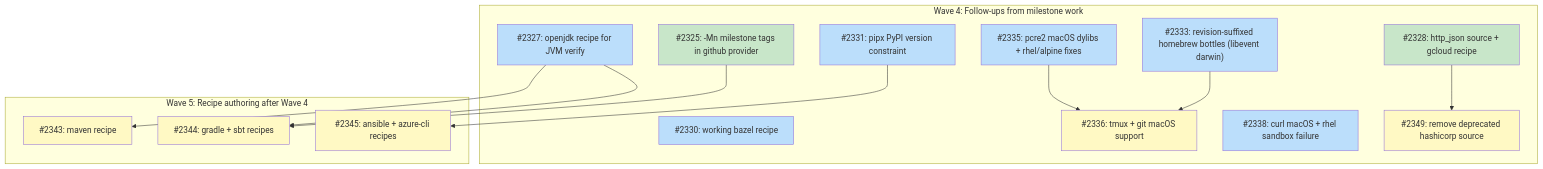
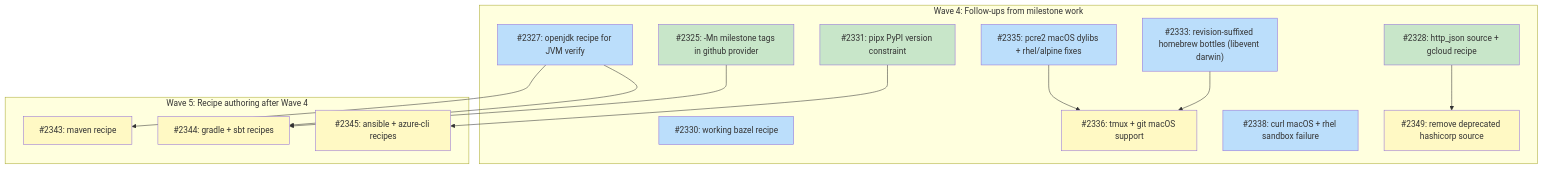
One commit to tsukumogami/tsuku changed the diagram in docs/plans/PLAN-curated-recipes.md. Above: the diagram before and after it, drawn with Mermaid. The commit also changed other lines of this file, not shown here.

Commit message:
docs(plan): mark #2331 (pipx Python-compat resolution) as done

````diff
--- a/docs/plans/PLAN-curated-recipes.md
+++ b/docs/plans/PLAN-curated-recipes.md
@@ -140,44 +140,44 @@
 ```mermaid
 graph TD
     subgraph wave4 ["Wave 4: Follow-ups from milestone work"]
         I2325["#2325: -Mn milestone tags in github provider"]
         I2327["#2327: openjdk recipe for JVM verify"]
         I2328["#2328: http_json source + gcloud recipe"]
         I2330["#2330: working bazel recipe"]
         I2331["#2331: pipx PyPI version constraint"]
         I2333["#2333: revision-suffixed homebrew bottles (libevent darwin)"]
         I2335["#2335: pcre2 macOS dylibs + rhel/alpine fixes"]
         I2336["#2336: tmux + git macOS support"]
         I2338["#2338: curl macOS + rhel sandbox failure"]
         I2349["#2349: remove deprecated hashicorp source"]
     end
 
     subgraph wave5 ["Wave 5: Recipe authoring after Wave 4"]
         I2343["#2343: maven recipe"]
         I2344["#2344: gradle + sbt recipes"]
         I2345["#2345: ansible + azure-cli recipes"]
     end
 
     I2333 --> I2336
     I2335 --> I2336
 
     I2327 --> I2343
     I2325 --> I2344
     I2327 --> I2344
     I2331 --> I2345
     I2328 --> I2349
 
     classDef done fill:#c8e6c9
     classDef ready fill:#bbdefb
     classDef blocked fill:#fff9c4
     classDef needsDesign fill:#e1bee7
     classDef needsPrd fill:#b3e5fc
     classDef needsSpike fill:#ffcdd2
     classDef needsDecision fill:#d1c4e9
     classDef tracksDesign fill:#FFE0B2,stroke:#F57C00,color:#000
     classDef tracksPlan fill:#FFE0B2,stroke:#F57C00,color:#000
 
-    class I2325,I2328 done
-    class I2327,I2330,I2331,I2333,I2335,I2338 ready
+    class I2325,I2328,I2331 done
+    class I2327,I2330,I2333,I2335,I2338 ready
     class I2336,I2343,I2344,I2345,I2349 blocked
 ```
````
